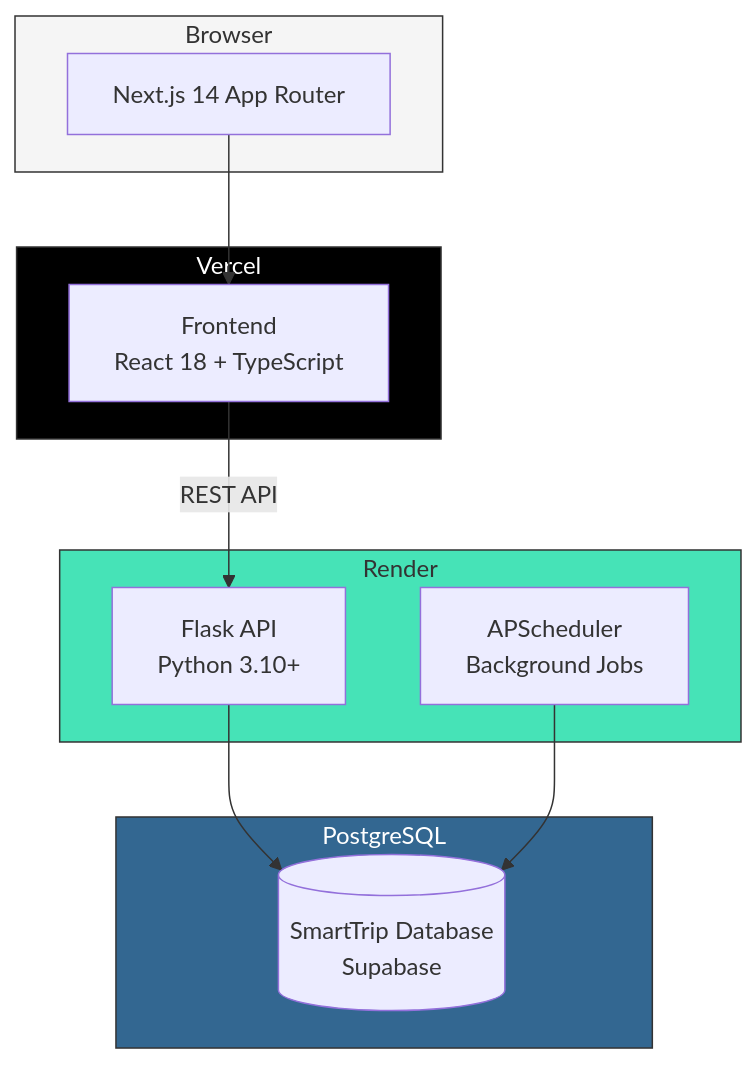
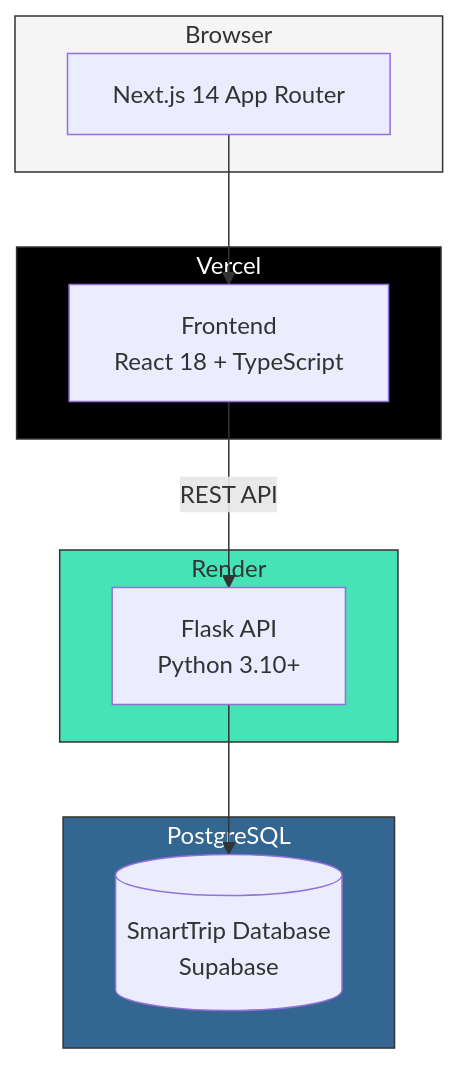
The diagram in README.md (tal-golan99/smarTrip), drawn with Mermaid before and after one commit. The commit also changed other lines of this file and 23 other files, not shown here.

````diff
--- a/README.md
+++ b/README.md
@@ -27,29 +27,27 @@
 ```mermaid
 flowchart TB
     subgraph Client["Browser"]
         UI["Next.js 14 App Router"]
     end
 
     subgraph Vercel["Vercel"]
         FE["Frontend<br/>React 18 + TypeScript"]
     end
 
     subgraph Render["Render"]
         BE["Flask API<br/>Python 3.10+"]
-        SCHED["APScheduler<br/>Background Jobs"]
     end
 
     subgraph Database["PostgreSQL"]
         DB[(SmartTrip Database<br/>Supabase)]
     end
 
     UI --> FE
     FE -->|"REST API"| BE
     BE --> DB
-    SCHED --> DB
 
     style Client fill:#f5f5f5,stroke:#333
     style Vercel fill:#000,stroke:#333,color:#fff
     style Render fill:#46E3B7,stroke:#333
     style Database fill:#336791,stroke:#333,color:#fff
 ```
````
